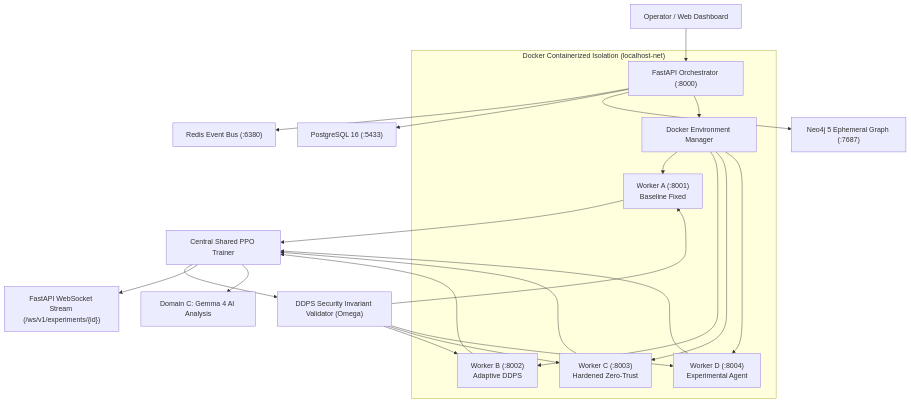
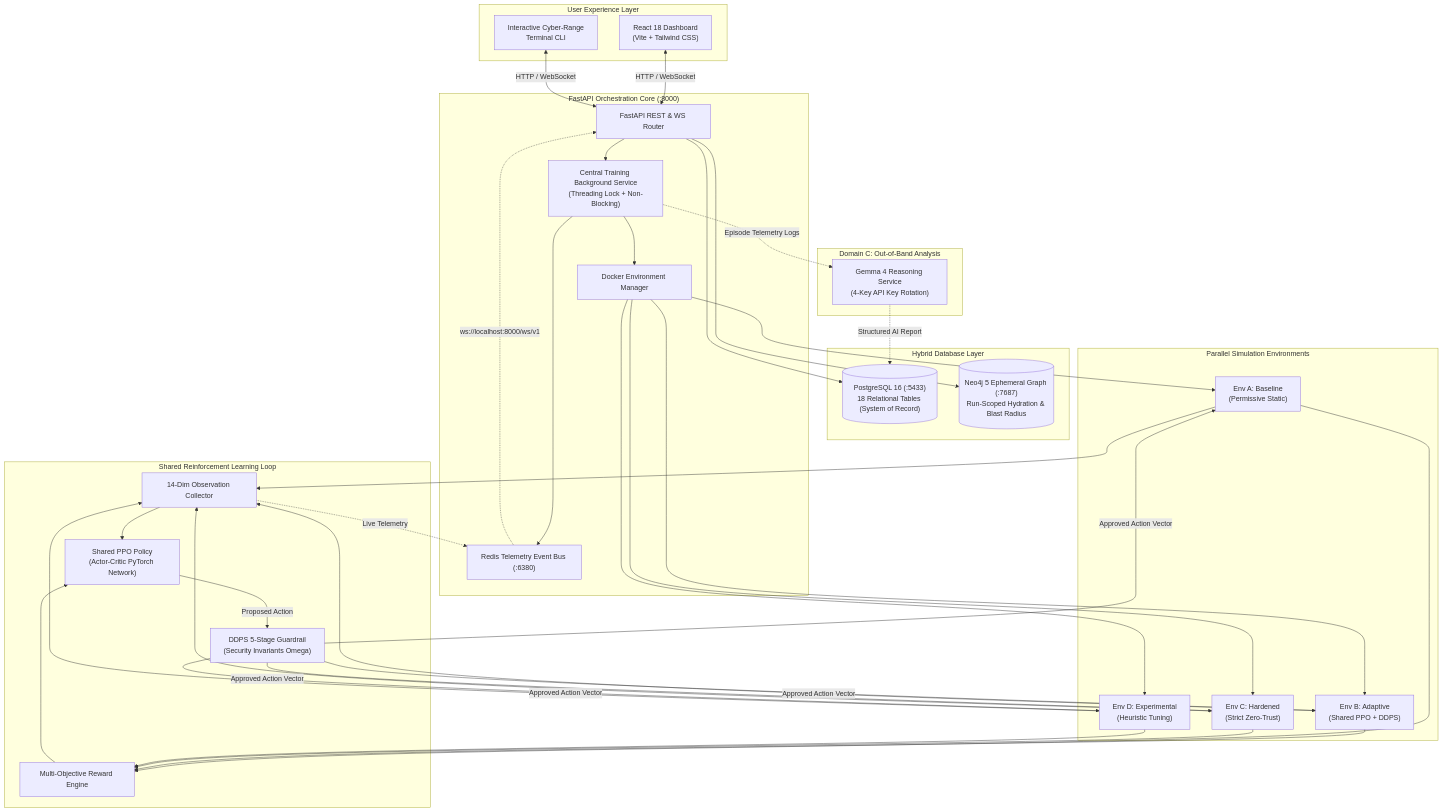
The first of 3 diagrams in README.md (himanshu-anonymous/localhost-sec), drawn with Mermaid before and after one commit. The commit also changed other lines of this file and 3 other files, not shown here.

Commit message:
docs(release): publish final verified BASTION X architecture, SVG brand identity, MIT license, and verified benchmarks

````diff
--- a/README.md
+++ b/README.md
@@ -30,22 +111,66 @@
 ```mermaid
 flowchart TD
-    User["Operator / Web Dashboard"] --> Core["FastAPI Orchestrator (:8000)"]
-    Core --> RedisBroker["Redis Event Bus (:6380)"]
-    Core --> Postgres["PostgreSQL 16 (:5433)"]
-    Core --> Neo4j["Neo4j 5 Ephemeral Graph (:7687)"]
-    
-    subgraph DOCKER_STACK ["Docker Containerized Isolation (localhost-net)"]
-        Core --> DockerMgr["Docker Environment Manager"]
-        DockerMgr --> WA["Worker A (:8001)<br/>Baseline Fixed"]
-        DockerMgr --> WB["Worker B (:8002)<br/>Adaptive DDPS"]
-        DockerMgr --> WC["Worker C (:8003)<br/>Hardened Zero-Trust"]
-        DockerMgr --> WD["Worker D (:8004)<br/>Experimental Agent"]
+    subgraph UI ["User Experience Layer"]
+        WebDash["React 18 Dashboard<br/>(Vite + Tailwind CSS)"]
+        TermCLI["Interactive Cyber-Range<br/>Terminal CLI"]
     end
-    
-    WA & WB & WC & WD --> CentralPPO["Central Shared PPO Trainer"]
-    CentralPPO --> DDPS["DDPS Security Invariant Validator (Omega)"]
-    DDPS --> WA & WB & WC & WD
-    
-    CentralPPO --> WS["FastAPI WebSocket Stream (/ws/v1/experiments/{id})"]
-    CentralPPO --> Gemma["Domain C: Gemma 4 AI Analysis"]
+
+    subgraph ORCHESTRATOR ["FastAPI Orchestration Core (:8000)"]
+        APIRouter["FastAPI REST & WS Router"]
+        TrainService["Central Training Background Service<br/>(Threading Lock + Non-Blocking)"]
+        DockerMgr["Docker Environment Manager"]
+        RedisBus["Redis Telemetry Event Bus (:6380)"]
+    end
+
+    subgraph STORAGE ["Hybrid Database Layer"]
+        Postgres[("PostgreSQL 16 (:5433)<br/>18 Relational Tables (System of Record)")]
+        Neo4j[("Neo4j 5 Ephemeral Graph (:7687)<br/>Run-Scoped Hydration & Blast Radius")]
+    end
+
+    subgraph RL_CORE ["Shared Reinforcement Learning Loop"]
+        ObsCollector["14-Dim Observation Collector"]
+        PPOAgent["Shared PPO Policy<br/>(Actor-Critic PyTorch Network)"]
+        DDPSValidator["DDPS 5-Stage Guardrail<br/>(Security Invariants Omega)"]
+        RewardCalc["Multi-Objective Reward Engine"]
+    end
+
+    subgraph WORKERS ["Parallel Simulation Environments"]
+        WorkerA["Env A: Baseline<br/>(Permissive Static)"]
+        WorkerB["Env B: Adaptive<br/>(Shared PPO + DDPS)"]
+        WorkerC["Env C: Hardened<br/>(Strict Zero-Trust)"]
+        WorkerD["Env D: Experimental<br/>(Heuristic Tuning)"]
+    end
+
+    subgraph EXPLAINABILITY ["Domain C: Out-of-Band Analysis"]
+        GemmaRotator["Gemma 4 Reasoning Service<br/>(4-Key API Key Rotation)"]
+    end
+
+    %% UI Connections
+    WebDash & TermCLI <-->|HTTP / WebSocket| APIRouter
+
+    %% Orchestrator Connections
+    APIRouter --> TrainService
+    TrainService --> RedisBus
+    APIRouter --> Postgres
+    APIRouter --> Neo4j
+
+    %% Docker Worker Lifecycle
+    TrainService --> DockerMgr
+    DockerMgr --> WorkerA & WorkerB & WorkerC & WorkerD
+
+    %% Training Control Loop
+    WorkerA & WorkerB & WorkerC & WorkerD --> ObsCollector
+    ObsCollector --> PPOAgent
+    PPOAgent -->|Proposed Action| DDPSValidator
+    DDPSValidator -->|Approved Action Vector| WorkerA & WorkerB & WorkerC & WorkerD
+    WorkerA & WorkerB & WorkerC & WorkerD --> RewardCalc
+    RewardCalc --> PPOAgent
+
+    %% Telemetry Stream
+    ObsCollector -.->|Live Telemetry| RedisBus
+    RedisBus -.->|ws://localhost:8000/ws/v1| APIRouter
+
+    %% Explanation Service
+    TrainService -.->|Episode Telemetry Logs| GemmaRotator
+    GemmaRotator -.->|Structured AI Report| Postgres
 ```
````
